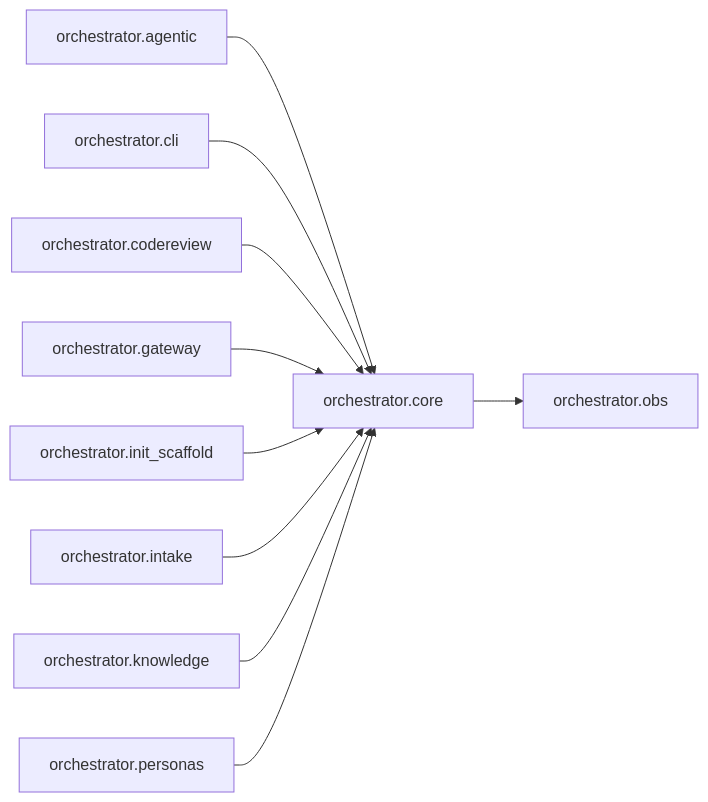
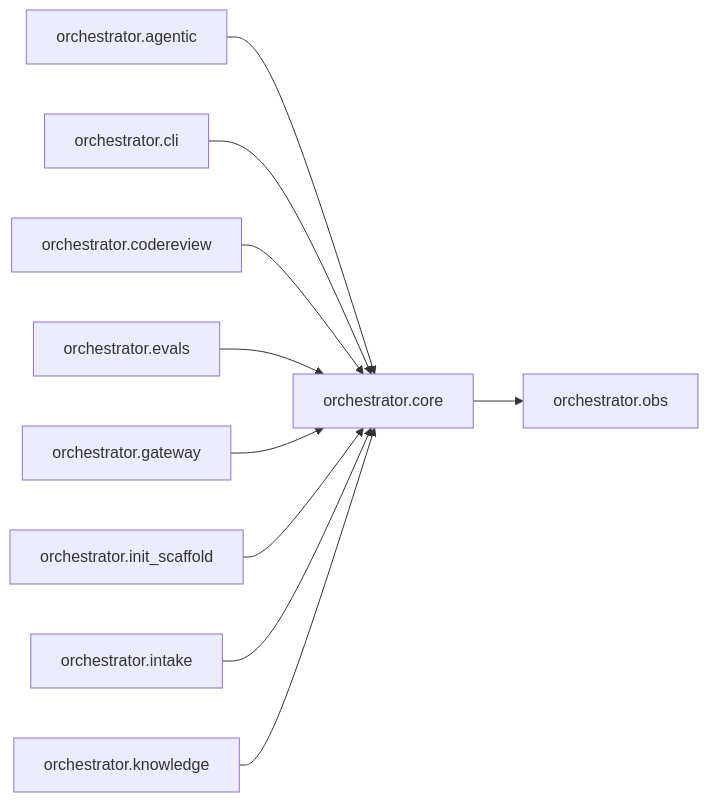
Before and after one commit to synaptixs/spine: the diagram in episteme/areas/orchestrator.core.md, drawn with Mermaid. The commit also changed other lines of this file and 12 other files, not shown here.

````diff
--- a/episteme/areas/orchestrator.core.md
+++ b/episteme/areas/orchestrator.core.md
@@ -8,22 +8,22 @@
 ```mermaid
 flowchart LR
   n0["orchestrator.core"]
   n1["orchestrator.agentic"]
   n2["orchestrator.cli"]
   n3["orchestrator.codereview"]
-  n4["orchestrator.gateway"]
-  n5["orchestrator.init_scaffold"]
-  n6["orchestrator.intake"]
-  n7["orchestrator.knowledge"]
-  n8["orchestrator.personas"]
+  n4["orchestrator.evals"]
+  n5["orchestrator.gateway"]
+  n6["orchestrator.init_scaffold"]
+  n7["orchestrator.intake"]
+  n8["orchestrator.knowledge"]
   n9["orchestrator.obs"]
   n1 --> n0
   n2 --> n0
   n3 --> n0
   n4 --> n0
   n5 --> n0
   n6 --> n0
   n7 --> n0
   n8 --> n0
   n0 --> n9
 ```
````
